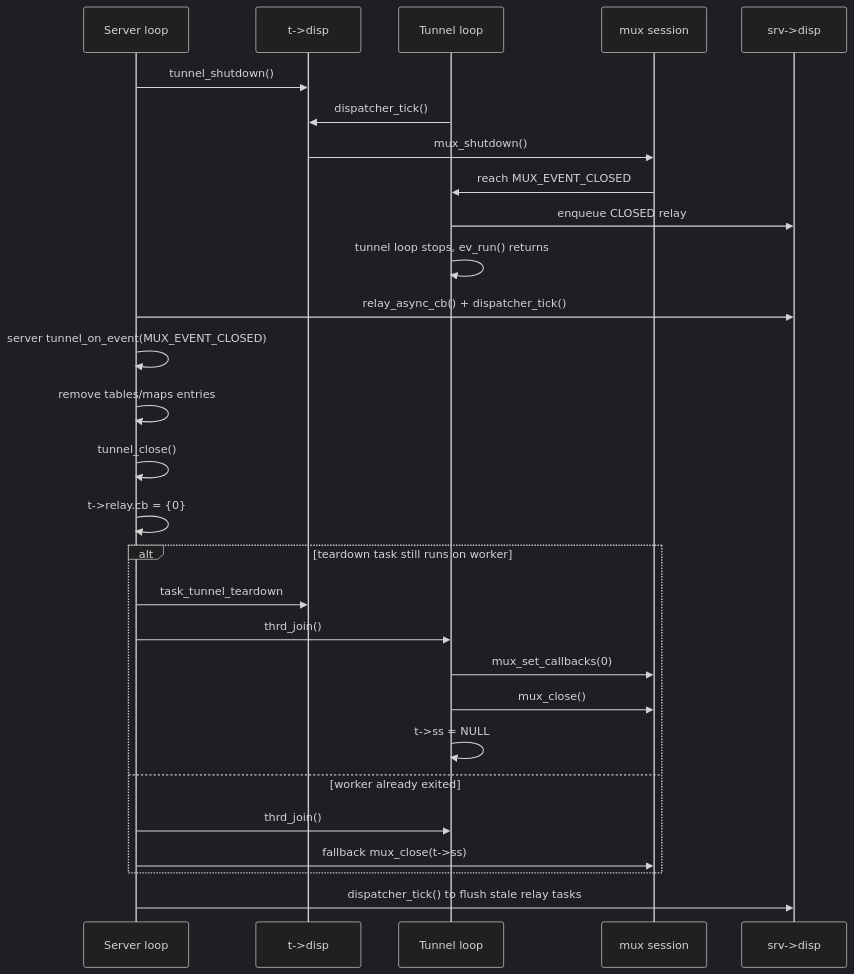
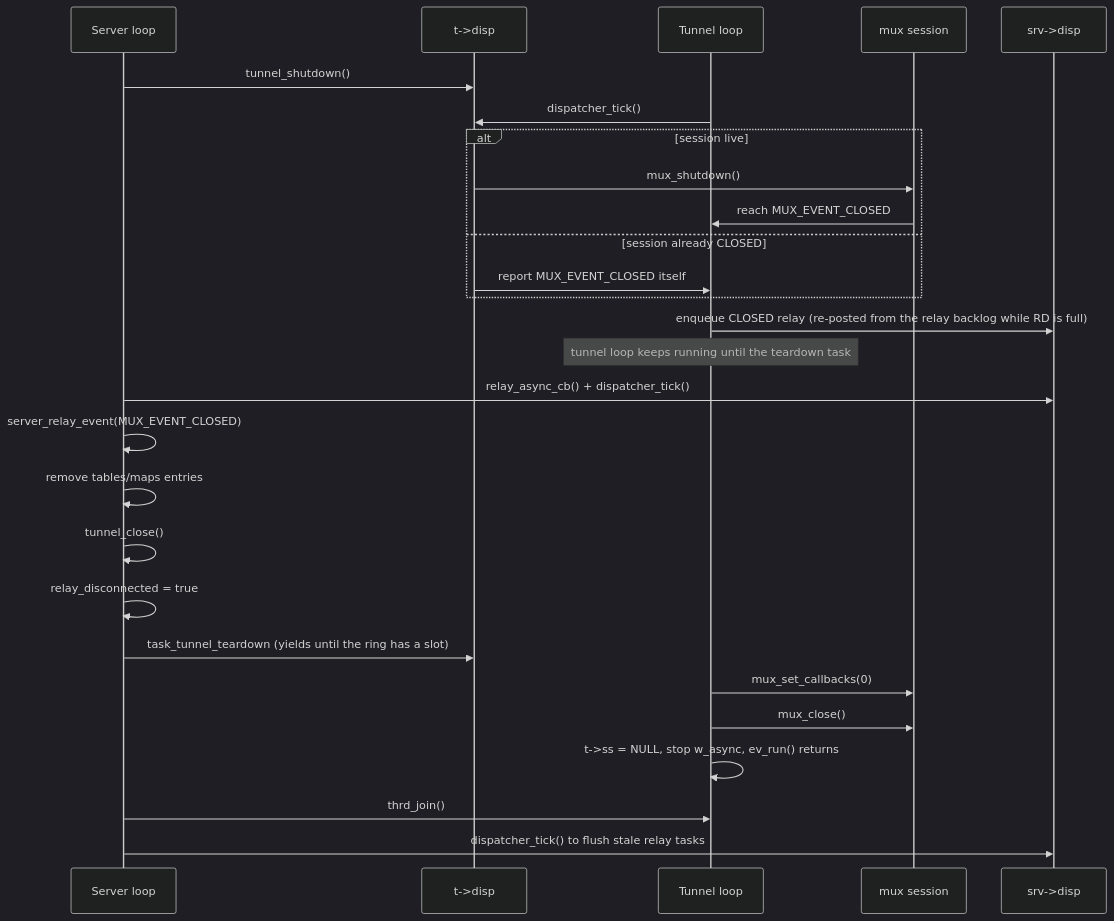
Before and after one commit to hexian000/multiplexd: diagram 18 of 20 in doc/impl.md, drawn with Mermaid (dark theme). The commit also changed other lines of this file and 62 other files, not shown here.

First line of the commit message:
mux: add UDP relay and harden session lifecycle

````diff
--- a/doc/impl.md
+++ b/doc/impl.md
@@ -1262,31 +1349,30 @@
 ```mermaid
 sequenceDiagram
   participant S as Server loop
     participant TD as t->disp
   participant T as Tunnel loop
     participant M as mux session
     participant RD as srv->disp
 
     S->>TD: tunnel_shutdown()
     T->>TD: dispatcher_tick()
-    TD->>M: mux_shutdown()
-    M->>T: reach MUX_EVENT_CLOSED
-    T->>RD: enqueue CLOSED relay
-    T->>T: tunnel loop stops, ev_run() returns
+    alt session live
+        TD->>M: mux_shutdown()
+        M->>T: reach MUX_EVENT_CLOSED
+    else session already CLOSED
+        TD->>T: report MUX_EVENT_CLOSED itself
+    end
+    T->>RD: enqueue CLOSED relay (re-posted from the relay backlog while RD is full)
+    Note over T: tunnel loop keeps running until the teardown task
     S->>RD: relay_async_cb() + dispatcher_tick()
-    S->>S: server tunnel_on_event(MUX_EVENT_CLOSED)
+    S->>S: server_relay_event(MUX_EVENT_CLOSED)
     S->>S: remove tables/maps entries
     S->>S: tunnel_close()
-    S->>S: t->relay.cb = {0}
-    alt teardown task still runs on worker
-        S->>TD: task_tunnel_teardown
-        S->>T: thrd_join()
-        T->>M: mux_set_callbacks(0)
-        T->>M: mux_close()
-        T->>T: t->ss = NULL
-    else worker already exited
-        S->>T: thrd_join()
-        S->>M: fallback mux_close(t->ss)
-    end
+    S->>S: relay_disconnected = true
+    S->>TD: task_tunnel_teardown (yields until the ring has a slot)
+    T->>M: mux_set_callbacks(0)
+    T->>M: mux_close()
+    T->>T: t->ss = NULL, stop w_async, ev_run() returns
+    S->>T: thrd_join()
     S->>RD: dispatcher_tick() to flush stale relay tasks
 ```
````
